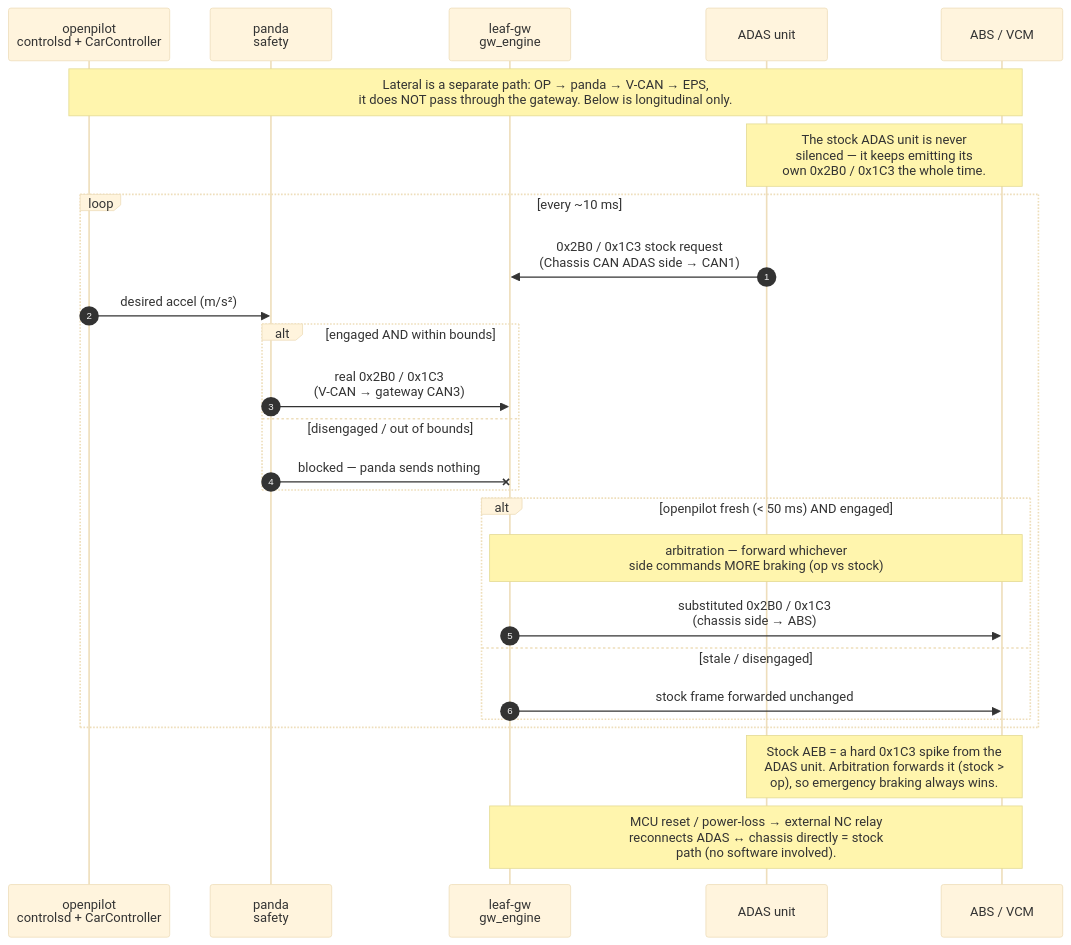
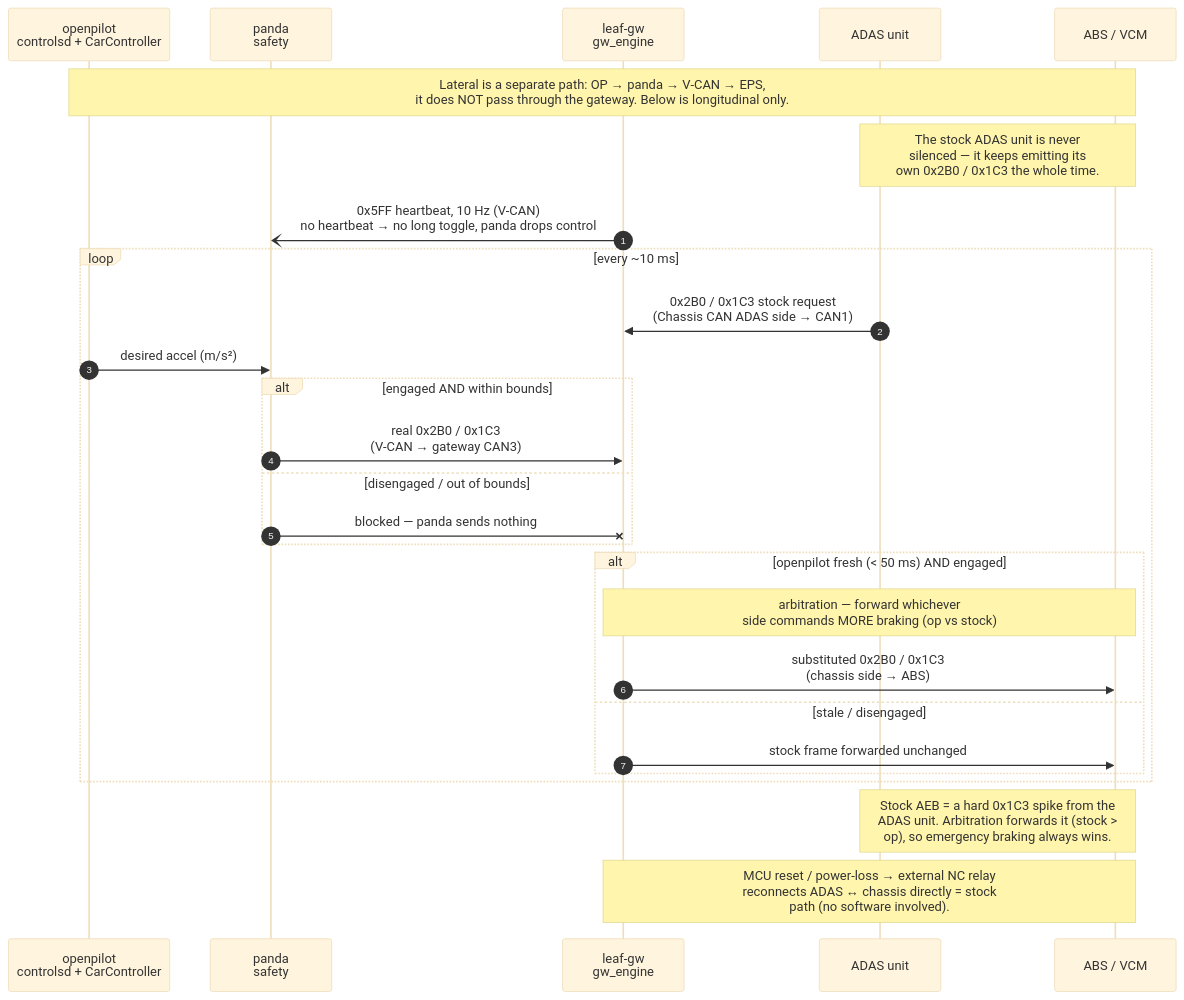
The diagram in docs/sequence.mmd (siigna/leaf-gw), drawn with Mermaid (base theme) before and after one commit. The commit also changed 6 other files, not shown here.

```diff
--- a/docs/sequence.mmd
+++ b/docs/sequence.mmd
@@ -1,32 +1,34 @@
 %% leaf-gw: one engaged longitudinal control cycle, plus the safety branches.
 %% Rendered inline by GitHub from the fenced copy in README.md.
 sequenceDiagram
   autonumber
   participant OP as openpilot<br/>controlsd + CarController
   participant PA as panda<br/>safety
   participant GW as leaf-gw<br/>gw_engine
   participant AD as ADAS unit
   participant AB as ABS / VCM
 
   Note over OP,AB: Lateral is a separate path: OP → panda → V-CAN → EPS,<br/>it does NOT pass through the gateway. Below is longitudinal only.
   Note over AD,AB: The stock ADAS unit is never<br/>silenced — it keeps emitting its<br/>own 0x2B0 / 0x1C3 the whole time.
+
+  GW-)PA: 0x5FF heartbeat, 10 Hz (V-CAN)<br/>no heartbeat → no long toggle, panda drops control
 
   loop every ~10 ms
     AD->>GW: 0x2B0 / 0x1C3 stock request<br/>(Chassis CAN ADAS side → CAN1)
     OP->>PA: desired accel (m/s²)
     alt engaged AND within bounds
       PA->>GW: real 0x2B0 / 0x1C3<br/>(V-CAN → gateway CAN3)
     else disengaged / out of bounds
       PA-xGW: blocked — panda sends nothing
     end
 
     alt openpilot fresh (< 50 ms) AND engaged
       Note over GW,AB: arbitration — forward whichever<br/>side commands MORE braking (op vs stock)
       GW->>AB: substituted 0x2B0 / 0x1C3<br/>(chassis side → ABS)
     else stale / disengaged
       GW->>AB: stock frame forwarded unchanged
     end
   end
 
   Note over AD,AB: Stock AEB = a hard 0x1C3 spike from the<br/>ADAS unit. Arbitration forwards it (stock ><br/>op), so emergency braking always wins.
   Note over GW,AB: MCU reset / power-loss → external NC relay<br/>reconnects ADAS ↔ chassis directly = stock<br/>path (no software involved).
```
